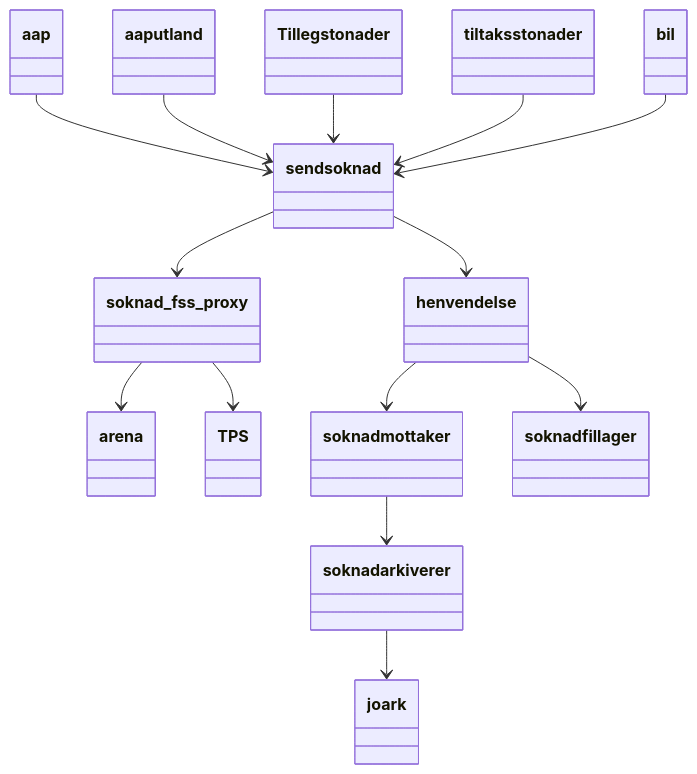
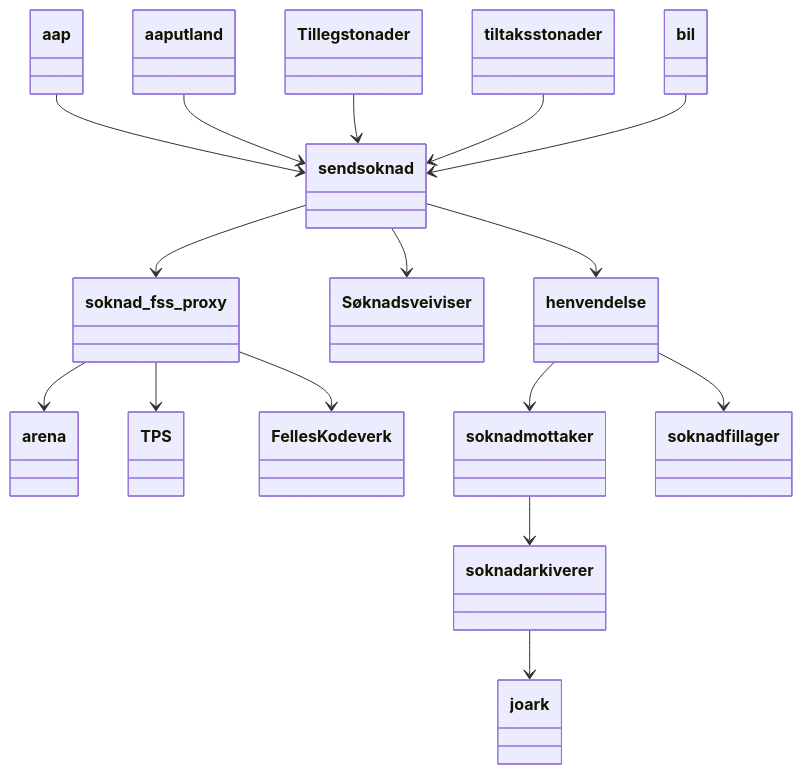
Before and after one commit to navikt/sendsoknad-boot: the first of 2 diagrams in docs/Arkitektur.md, drawn with Mermaid.

Commit message:
Lagt til systemavhengigheter til kodeverk og metadata om skjema

````diff
--- a/docs/Arkitektur.md
+++ b/docs/Arkitektur.md
@@ -7,16 +7,18 @@
 ```mermaid
 classDiagram
     aap --> sendsoknad
     aaputland --> sendsoknad
     Tillegstonader --> sendsoknad
     tiltaksstonader --> sendsoknad
     bil --> sendsoknad
     sendsoknad --> soknad_fss_proxy
     soknad_fss_proxy --> arena
     soknad_fss_proxy --> TPS
+    soknad_fss_proxy --> Felles Kodeverk
+    sendsoknad --> Søknadsveiviser
     sendsoknad --> henvendelse
     henvendelse --> soknadmottaker
     henvendelse --> soknadfillager
     soknadmottaker --> soknadarkiverer
     soknadarkiverer --> joark
 ```
````
